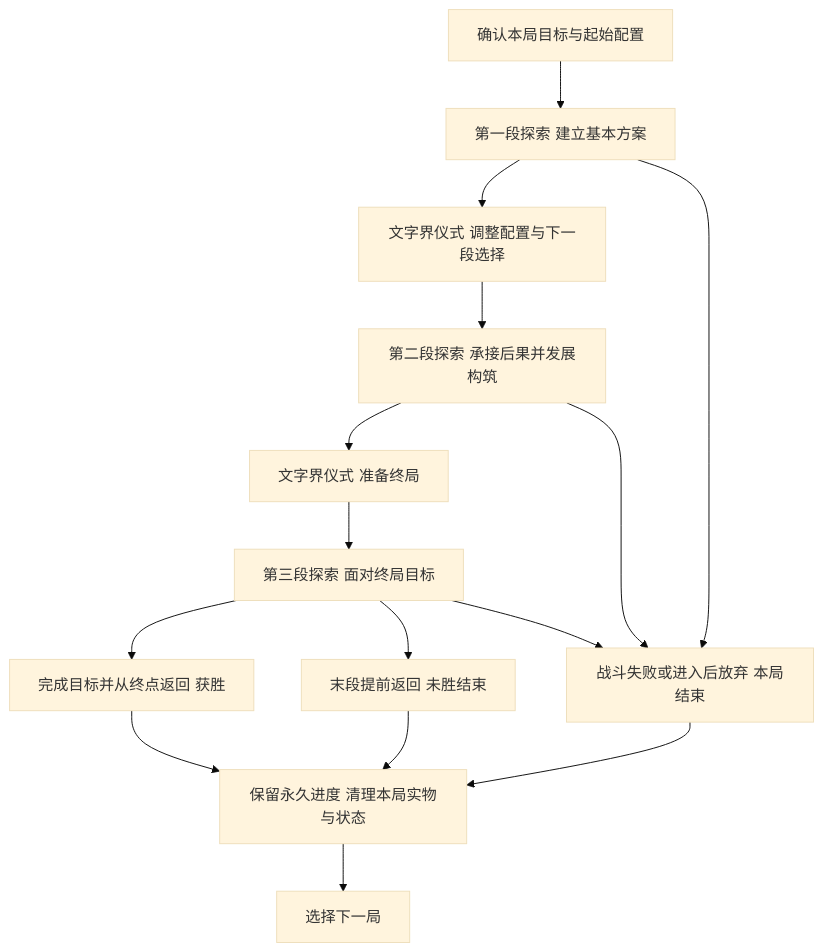
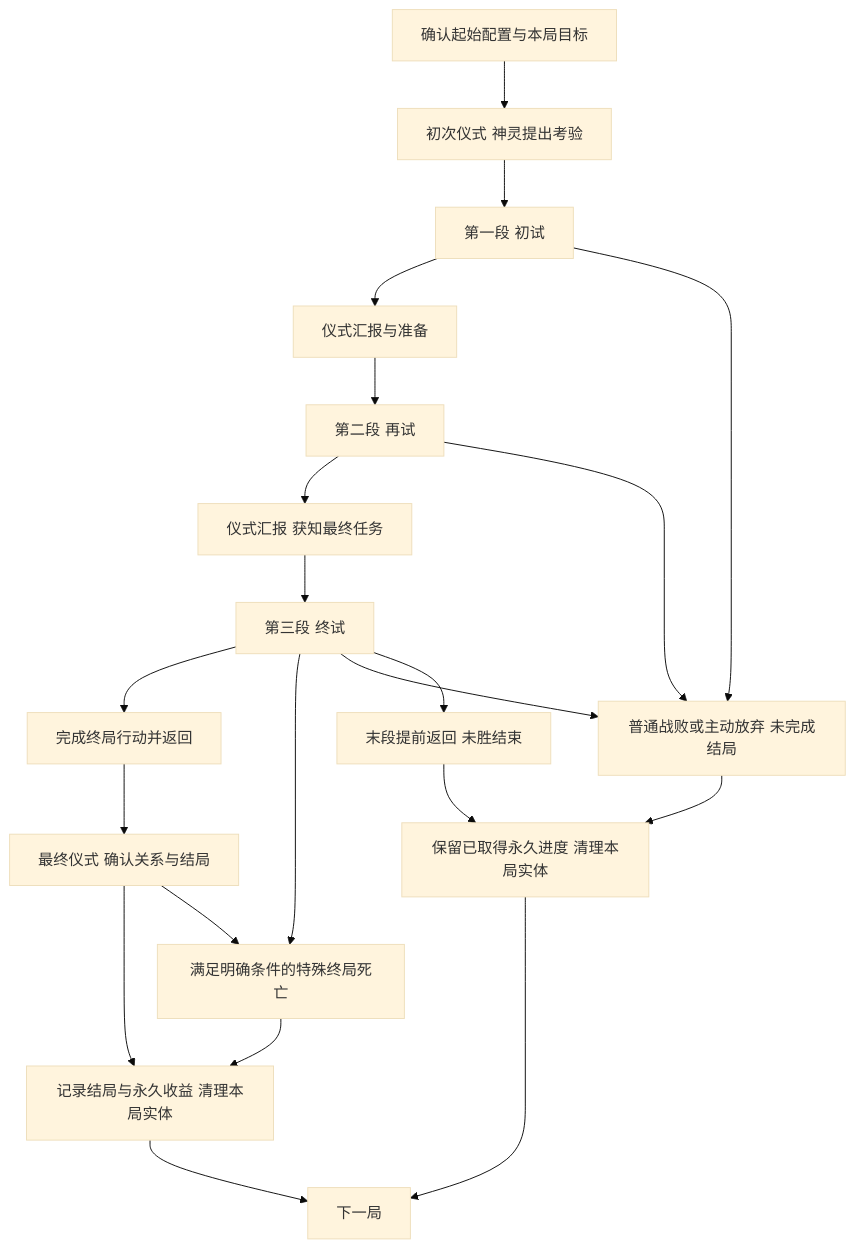
Before and after one commit to dsaj4/game_design: the diagram in yanzhou/system-design/2026-11-08-ritual-roguelite-overview.md, drawn with Mermaid (base theme). The commit also changed other lines of this file and 1 other file, not shown here.

````diff
--- a/yanzhou/system-design/2026-11-08-ritual-roguelite-overview.md
+++ b/yanzhou/system-design/2026-11-08-ritual-roguelite-overview.md
@@ -49,17 +45,23 @@
 ```mermaid
 flowchart TD
-    A[确认本局目标与起始配置] --> B[第一段探索 建立基本方案]
-    B --> C[文字界仪式 调整配置与下一段选择]
-    C --> D[第二段探索 承接后果并发展构筑]
-    D --> E[文字界仪式 准备终局]
-    E --> F[第三段探索 面对终局目标]
-    F --> G[完成目标并从终点返回 获胜]
-    F --> H[末段提前返回 未胜结束]
-    B --> I[战斗失败或进入后放弃 本局结束]
-    D --> I
-    F --> I
-    G --> J[保留永久进度 清理本局实物与状态]
-    H --> J
-    I --> J
-    J --> K[选择下一局]
+    A[确认起始配置与本局目标] --> B[初次仪式 神灵提出考验]
+    B --> C[第一段 初试]
+    C --> D[仪式汇报与准备]
+    D --> E[第二段 再试]
+    E --> F[仪式汇报 获知最终任务]
+    F --> G[第三段 终试]
+    G --> H[完成终局行动并返回]
+    H --> I[最终仪式 确认关系与结局]
+    I --> J[记录结局与永久收益 清理本局实体]
+    G --> K[满足明确条件的特殊终局死亡]
+    I --> K
+    K --> J
+    C --> L[普通战败或主动放弃 未完成结局]
+    E --> L
+    G --> L
+    G --> M[末段提前返回 未胜结束]
+    L --> N[保留已取得永久进度 清理本局实体]
+    M --> N
+    J --> O[下一局]
+    N --> O
 ```
````
